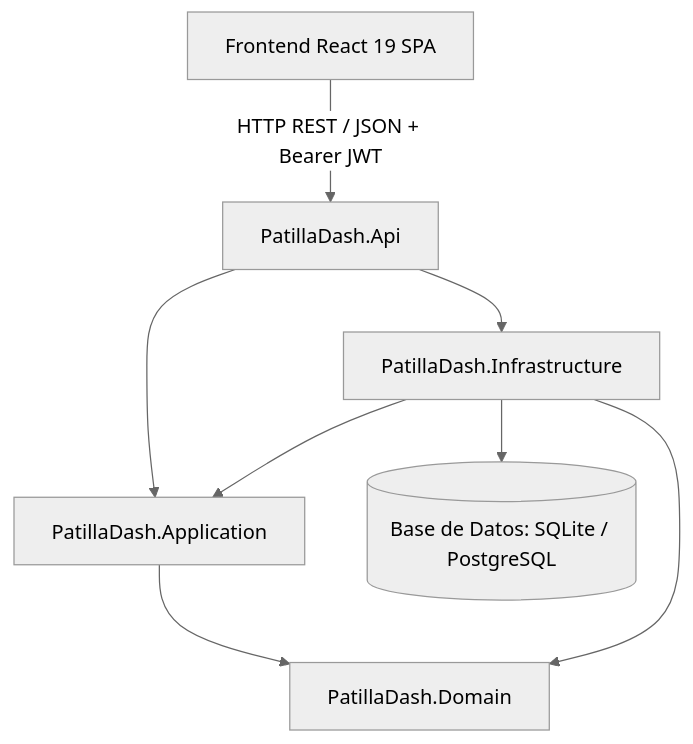
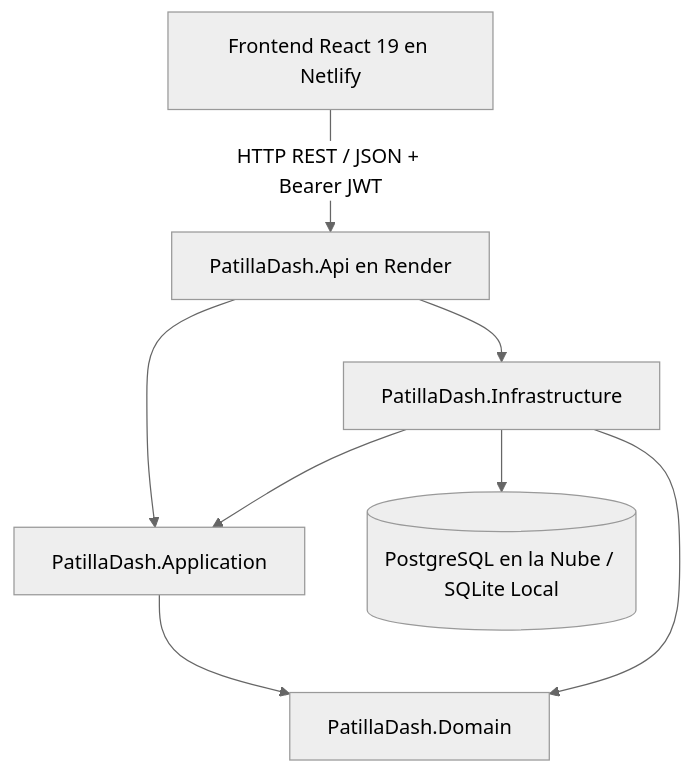
The diagram in README.md (pachecoedgardo2006-coder/PatillaDash), drawn with Mermaid (neutral theme) before and after one commit. The commit also changed other lines of this file and 4 other files, not shown here.

````diff
--- a/README.md
+++ b/README.md
@@ -73,10 +76,10 @@
 ```mermaid
 graph TD
-    Client[Frontend React 19 SPA] -->|HTTP REST / JSON + Bearer JWT| API[PatillaDash.Api]
+    Client[Frontend React 19 en Netlify] -->|HTTP REST / JSON + Bearer JWT| API[PatillaDash.Api en Render]
     API --> Application[PatillaDash.Application]
     API --> Infrastructure[PatillaDash.Infrastructure]
     Infrastructure --> Application
     Application --> Domain[PatillaDash.Domain]
     Infrastructure --> Domain
-    Infrastructure --> DB[(Base de Datos: SQLite / PostgreSQL)]
+    Infrastructure --> DB[(PostgreSQL en la Nube / SQLite Local)]
 ```
````
